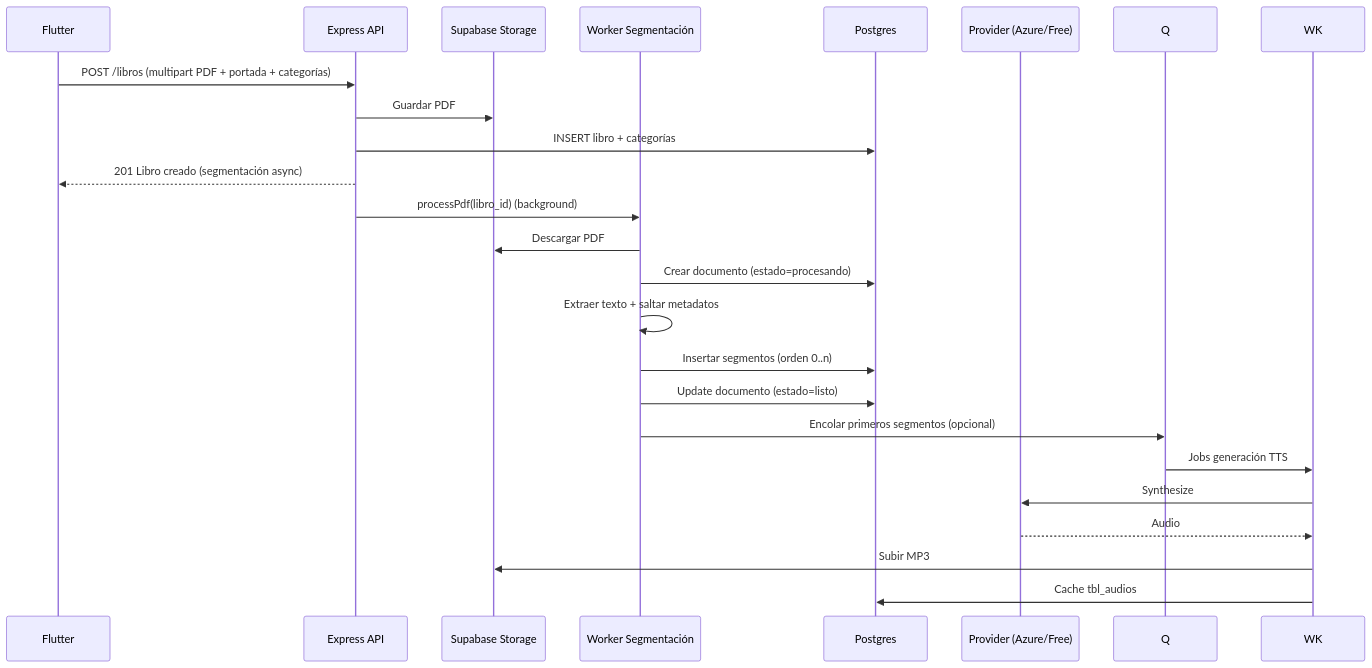
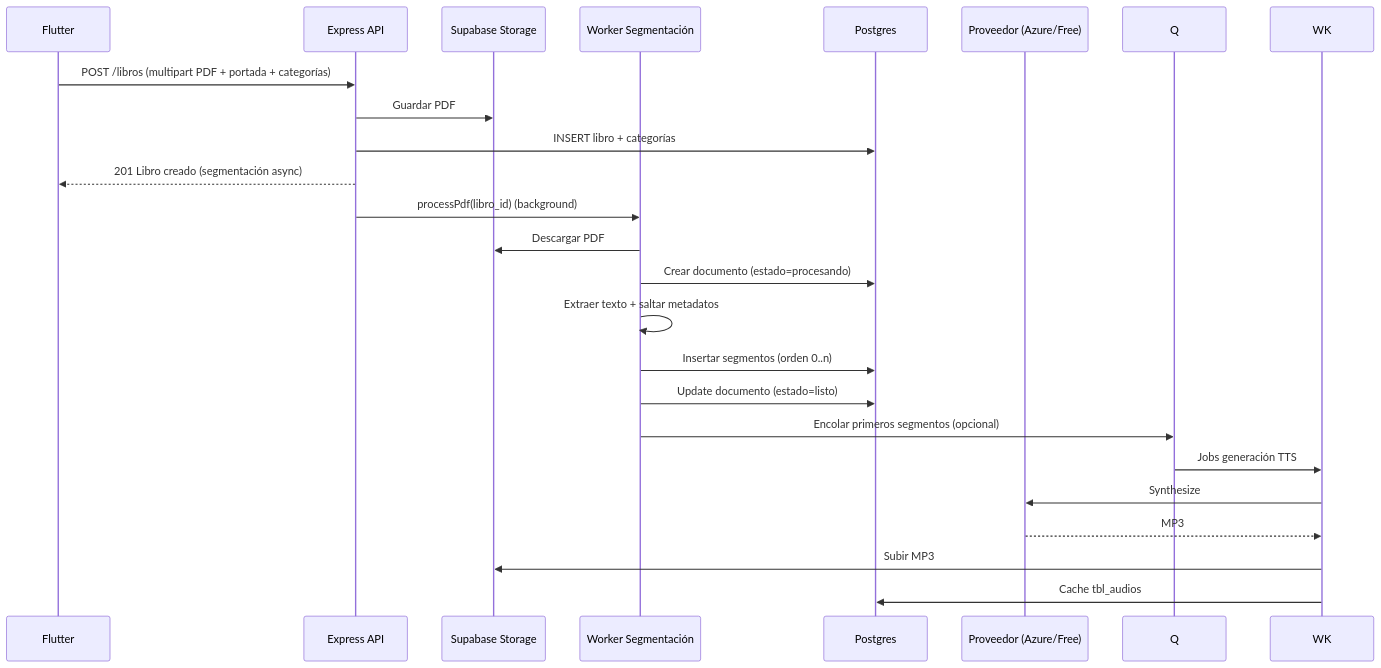
Before and after one commit to spalacioc05/Loom: the second of 5 diagrams in README.md, drawn with Mermaid. The commit also changed other lines of this file, not shown here.

````diff
--- a/README.md
+++ b/README.md
@@ -116,26 +130,26 @@
 ```mermaid
 sequenceDiagram
   participant F as Flutter
   participant E as Express API
   participant ST as Supabase Storage
   participant SEG as Worker Segmentación
   participant DB as Postgres
-  participant TTS as Provider (Azure/Free)
+  participant TTS as Proveedor (Azure/Free)
 
   F->>E: POST /libros (multipart PDF + portada + categorías)
   E->>ST: Guardar PDF
   E->>DB: INSERT libro + categorías
   E-->>F: 201 Libro creado (segmentación async)
   E->>SEG: processPdf(libro_id) (background)
   SEG->>ST: Descargar PDF
   SEG->>DB: Crear documento (estado=procesando)
   SEG->>SEG: Extraer texto + saltar metadatos
   SEG->>DB: Insertar segmentos (orden 0..n)
   SEG->>DB: Update documento (estado=listo)
   SEG->>Q: Encolar primeros segmentos (opcional)
   Q->>WK: Jobs generación TTS
   WK->>TTS: Synthesize
-  TTS-->>WK: Audio
+  TTS-->>WK: MP3
   WK->>ST: Subir MP3
   WK->>DB: Cache tbl_audios
 ```
````
